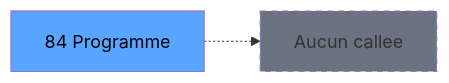
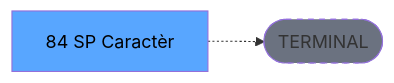
Before and after one commit to thonyAGP/lecteur-magic: the third of 3 diagrams in .openspec/renders/ADH-IDE-84.md, drawn with Mermaid. The commit also changed other lines of this file and 701 other files, not shown here.

````diff
--- a/.openspec/renders/ADH-IDE-84.md
+++ b/.openspec/renders/ADH-IDE-84.md
@@ -142,8 +134,8 @@
 ```mermaid
 graph LR
-    T[84 Programme]
-    NONE[Aucun callee]
-    T -.-> NONE
+    T[84     SP Caractèr]
+    TERM([TERMINAL])
+    T -.-> TERM
+    style TERM fill:#6b7280,stroke-dasharray: 5 5
     style T fill:#58a6ff,color:#000
-    style NONE fill:#6b7280,stroke-dasharray: 5 5
 ```
````
